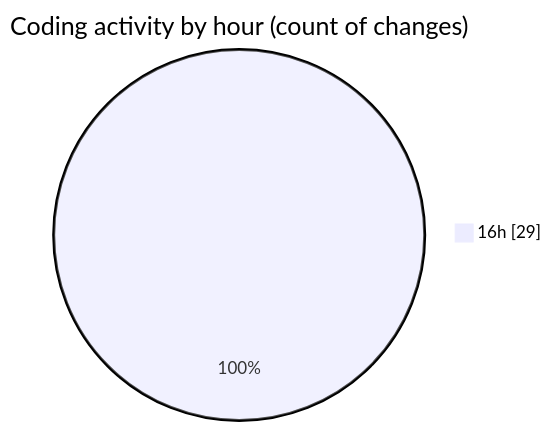
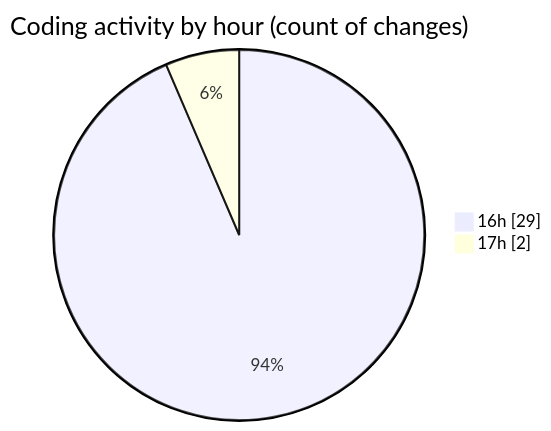
One commit to Netris89/code-tracking changed the second of 2 diagrams in 2025-11-01/skintrack/README.md. Above: the diagram before and after it, drawn with Mermaid. The commit also changed other lines of this file and 1 other file, not shown here.

````diff
--- a/2025-11-01/skintrack/README.md
+++ b/2025-11-01/skintrack/README.md
@@ -31,5 +31,6 @@
 ```mermaid
 pie showData
 title Coding activity by hour (count of changes)
 "16h" : 29
+"17h" : 2
 ```
````
